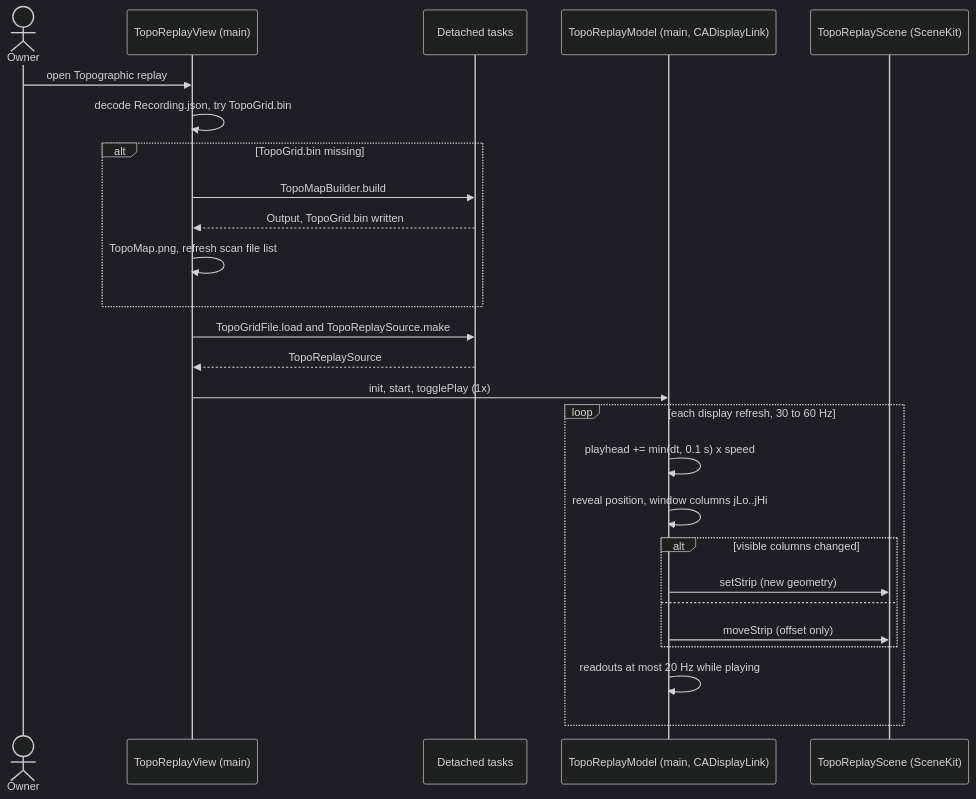
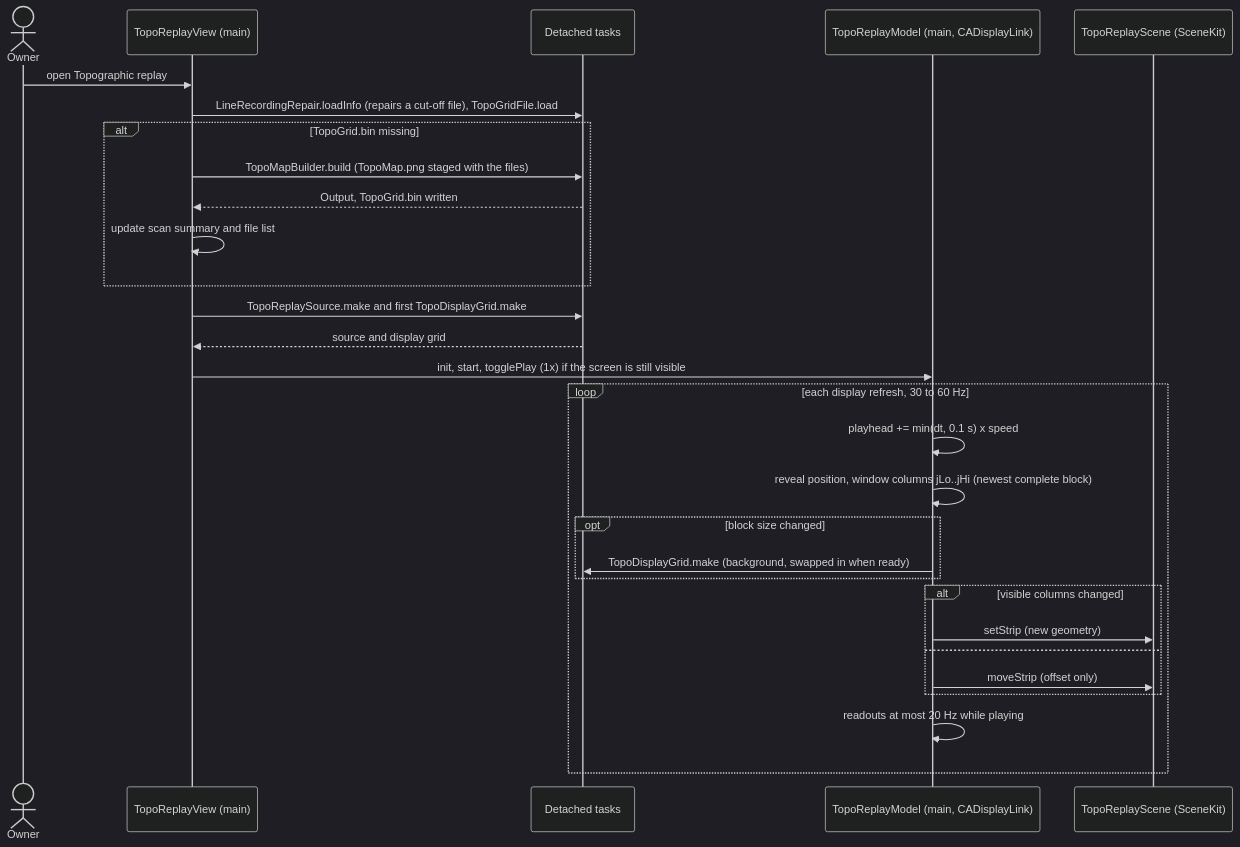
One commit to AliG1111/PhoneLidar changed the third of 4 diagrams in docs/design.md. Above: the diagram before and after it, drawn with Mermaid (dark theme). The commit also changed other lines of this file and 5 other files, not shown here.

````diff
--- a/docs/design.md
+++ b/docs/design.md
@@ -195,28 +213,31 @@
 ```mermaid
 sequenceDiagram
   actor U as Owner
   participant RV as TopoReplayView (main)
   participant BG as Detached tasks
   participant RM as TopoReplayModel (main, CADisplayLink)
   participant SC as TopoReplayScene (SceneKit)
   U->>RV: open Topographic replay
-  RV->>RV: decode Recording.json, try TopoGrid.bin
+  RV->>BG: LineRecordingRepair.loadInfo (repairs a cut-off file), TopoGridFile.load
   alt TopoGrid.bin missing
-    RV->>BG: TopoMapBuilder.build
+    RV->>BG: TopoMapBuilder.build (TopoMap.png staged with the files)
     BG-->>RV: Output, TopoGrid.bin written
-    RV->>RV: TopoMap.png, refresh scan file list
+    RV->>RV: update scan summary and file list
   end
-  RV->>BG: TopoGridFile.load and TopoReplaySource.make
-  BG-->>RV: TopoReplaySource
-  RV->>RM: init, start, togglePlay (1x)
+  RV->>BG: TopoReplaySource.make and first TopoDisplayGrid.make
+  BG-->>RV: source and display grid
+  RV->>RM: init, start, togglePlay (1x) if the screen is still visible
   loop each display refresh, 30 to 60 Hz
     RM->>RM: playhead += min(dt, 0.1 s) x speed
-    RM->>RM: reveal position, window columns jLo..jHi
+    RM->>RM: reveal position, window columns jLo..jHi (newest complete block)
+    opt block size changed
+      RM->>BG: TopoDisplayGrid.make (background, swapped in when ready)
+    end
     alt visible columns changed
       RM->>SC: setStrip (new geometry)
     else
       RM->>SC: moveStrip (offset only)
     end
     RM->>RM: readouts at most 20 Hz while playing
   end
 ```
````
